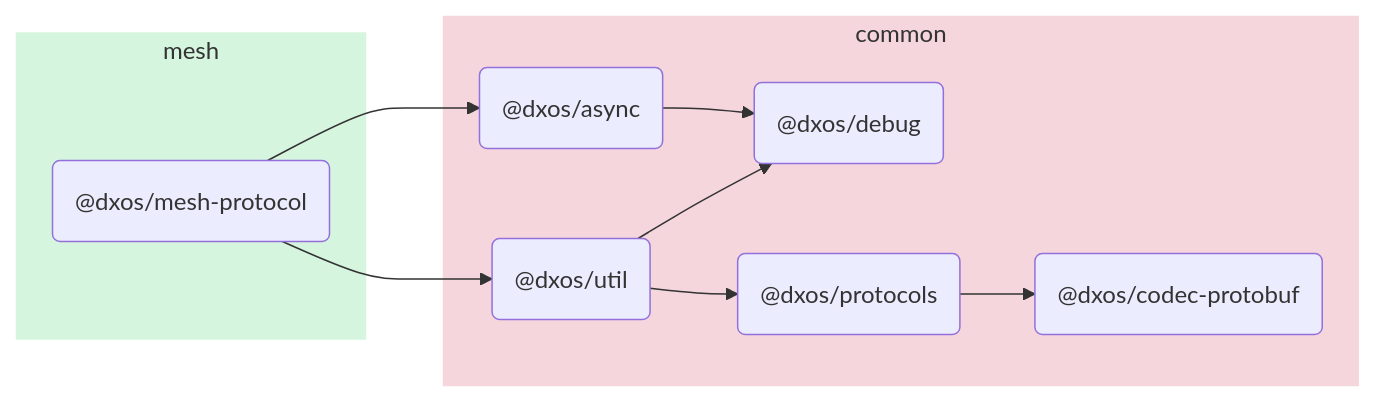
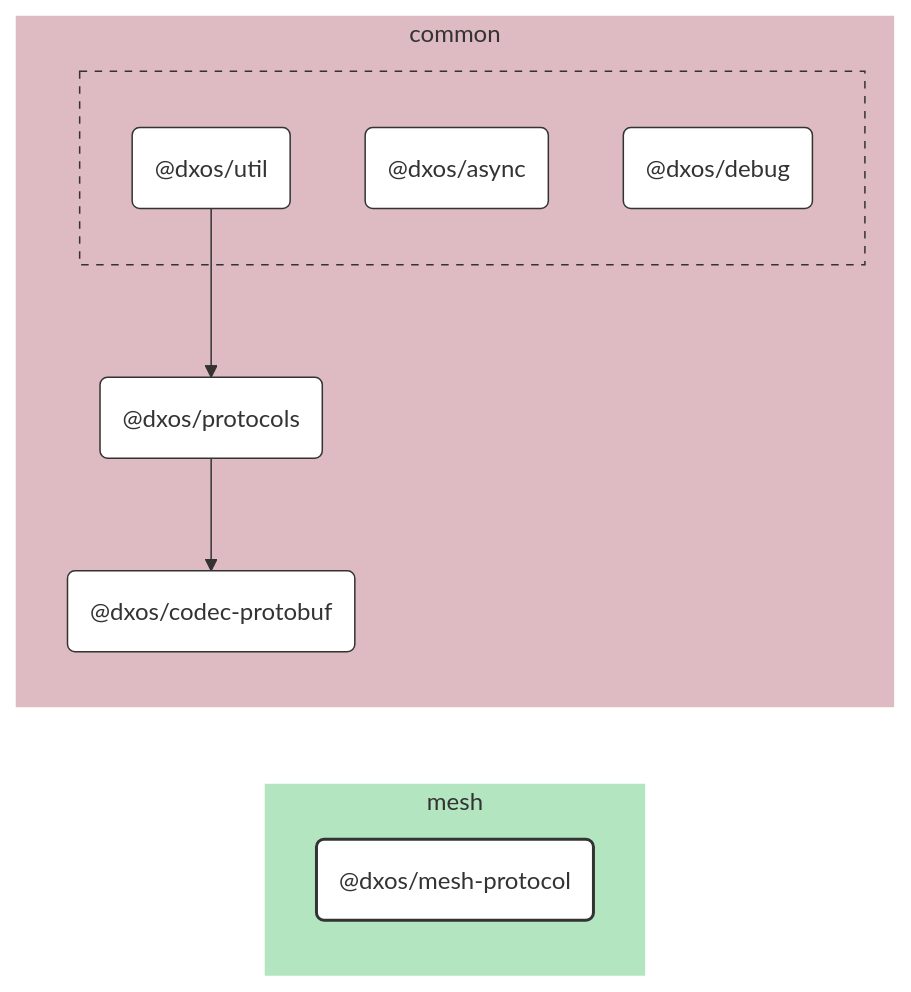
Before and after one commit to dxos/dxos: the diagram in packages/mesh/mesh-protocol/docs/README.md, drawn with Mermaid. The commit also changed other lines of this file and 109 other files, not shown here.

````diff
--- a/packages/mesh/mesh-protocol/docs/README.md
+++ b/packages/mesh/mesh-protocol/docs/README.md
@@ -5,24 +7,52 @@
 ```mermaid
-flowchart LR;
+%%{ init: {'flowchart':{'curve':'basis'}} }%%
 
+flowchart LR
+
+%% Links
+dxos/protocols --> dxos/codec-protobuf;
+dxos/util --> dxos/protocols;
+
+%% Sections
 subgraph mesh
-  style mesh fill:#d6f5de,stroke:#fff;
-  dxos/mesh-protocol("@dxos/mesh-protocol");
+  style mesh fill:#b3e6c0,stroke:#fff;
+
+  dxos/mesh-protocol("@dxos/mesh-protocol")
 end
 
 subgraph common
-  style common fill:#f5d6dd,stroke:#fff;
-  dxos/async("@dxos/async");
-  dxos/debug("@dxos/debug");
-  dxos/codec-protobuf("@dxos/codec-protobuf");
-  dxos/util("@dxos/util");
-  dxos/protocols("@dxos/protocols");
+  style common fill:#debac2,stroke:#fff;
+
+  dxos/codec-protobuf("@dxos/codec-protobuf")
+  dxos/protocols("@dxos/protocols")
+
+  subgraph common-excluded [ ]
+    style common-excluded fill:#debac2,stroke:#333,stroke-dasharray:5 5;
+
+    dxos/async("@dxos/async")
+    dxos/debug("@dxos/debug")
+    dxos/util("@dxos/util")
+  end
 end
 
-dxos/mesh-protocol --> dxos/async;
-dxos/async --> dxos/debug;
-dxos/mesh-protocol --> dxos/util;
-dxos/util --> dxos/debug;
-dxos/util --> dxos/protocols;
-dxos/protocols --> dxos/codec-protobuf;
+
+%% Hyperlinks
+click dxos/async href "https:/github.com/dxos/dxos/tree/main/packages/common/async/docs";
+click dxos/codec-protobuf href "https:/github.com/dxos/dxos/tree/main/packages/common/codec-protobuf/docs";
+click dxos/debug href "https:/github.com/dxos/dxos/tree/main/packages/common/debug/docs";
+click dxos/protocols href "https:/github.com/dxos/dxos/tree/main/packages/common/protocols/docs";
+click dxos/util href "https:/github.com/dxos/dxos/tree/main/packages/common/util/docs";
+
+%% Styles
+classDef rootNode fill:#fff,stroke:#333,stroke-width:2px
+classDef defaultNode fill:#fff,stroke:#333,stroke-width:1px
+linkStyle default stroke:#333,stroke-width:1px
+
+dxos/mesh-protocol:::rootNode
+
+dxos/async:::defaultNode
+dxos/codec-protobuf:::defaultNode
+dxos/debug:::defaultNode
+dxos/protocols:::defaultNode
+dxos/util:::defaultNode
 ```
````
